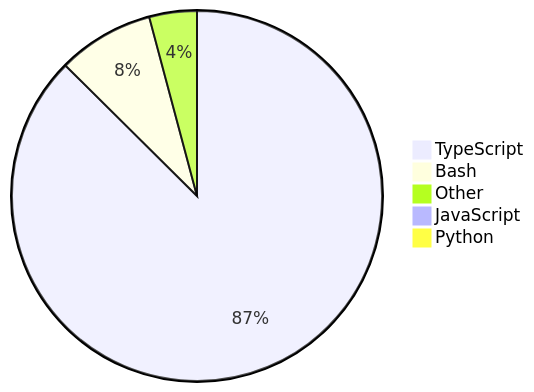
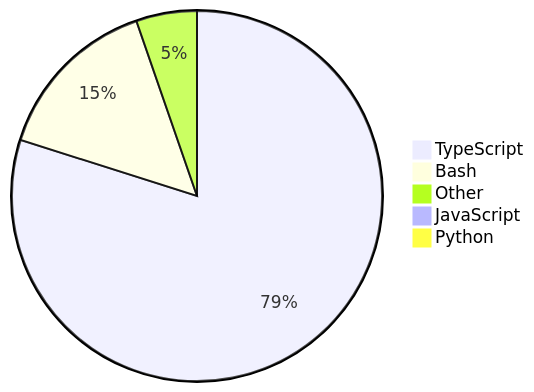
The diagram in README.md (skvggor/skvggor), drawn with Mermaid before and after one commit.

Commit message:
Updated waka-readme graph with new metrics

````diff
--- a/README.md
+++ b/README.md
@@ -14,8 +14,8 @@
 ```mermaid
 pie
-    "TypeScript" : 86.3
-    "Bash" : 8.3
-    "Other" : 4.1
-    "JavaScript" : 0.5
-    "Python" : 0.5
+    "TypeScript" : 78.3
+    "Bash" : 14.5
+    "Other" : 5.2
+    "JavaScript" : 0.9
+    "Python" : 0.8
 ```
````
